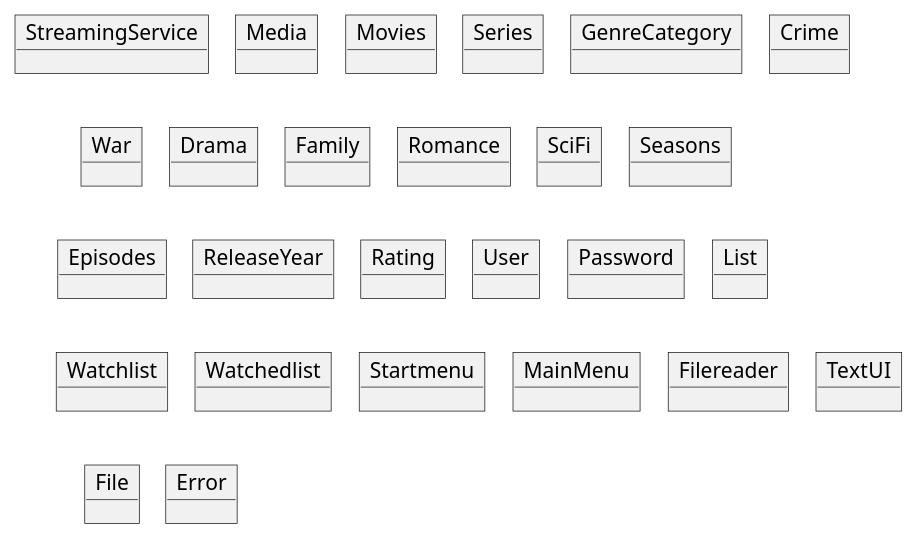
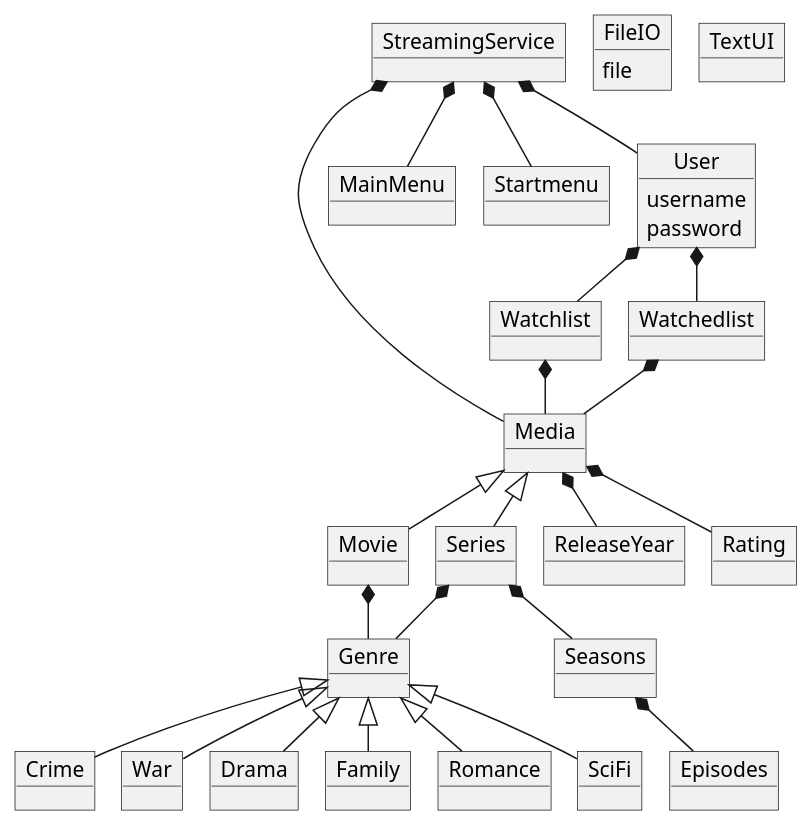
Before and after one commit to EmilDagsberg/SP3: the diagram in doc/domainmodel/domain v1.puml, drawn with PlantUML.

Commit message:
Domainmodel

```diff
--- a/doc/domainmodel/domain v1.puml
+++ b/doc/domainmodel/domain v1.puml
@@ -1,59 +1,67 @@
 @startuml
 !pragma layout smetana
 'https://plantuml.com/sequence-diagram
 
 object StreamingService
 
 object Media
 
-object Movies
-
+object MainMenu
+object Startmenu
+object Movie
 object Series
-
-object GenreCategory
-
+object Genre
 object Crime
-
 object War
-
 object Drama
-
 object Family
-
 object Romance
-
 object SciFi
-
 object Seasons
-
 object Episodes
-
 object ReleaseYear
-
 object Rating
-
 object User
-
-object Password
-
-object List
-
+User : username
+User : password
 object Watchlist
-
 object Watchedlist
 
-object Startmenu
 
-object MainMenu
 
-object Filereader
 
+
+object FileIO
+FileIO : file
 object TextUI
 
-object File
 
-object Error
+
+
+StreamingService *-- Media
+StreamingService *-- MainMenu
+StreamingService *-- Startmenu
+StreamingService *-- User
+Media <|-- Movie
+Media <|-- Series
+Movie *-- Genre
+Series *-- Genre
+Genre <|-- Crime
+Genre <|-- War
+Genre <|-- Drama
+Genre <|-- Family
+Genre <|-- Romance
+Genre <|-- SciFi
+Series *-- Seasons
+Seasons *-- Episodes
+Media *-- Rating
+Media *-- ReleaseYear
+User *-- Watchedlist
+User *-- Watchlist
+Watchlist *-- Media
+Watchedlist *-- Media
+
 
 
 
 @enduml
```
